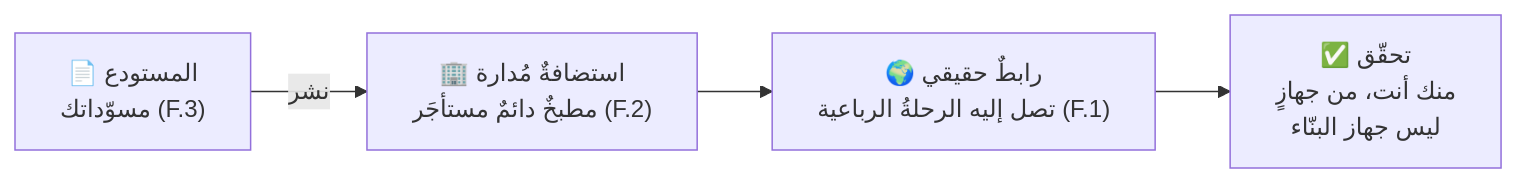
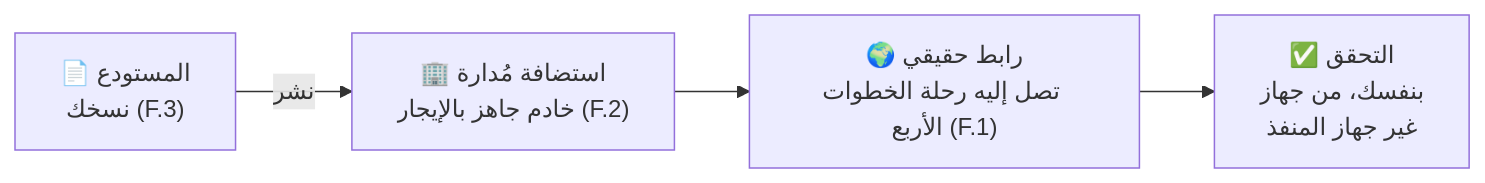
The seventh of 7 diagrams in modules/00-foundations/foundations.ar.md (Tamoura/system-design-for-vibe-coders), drawn with Mermaid before and after one commit. The commit also changed other lines of this file and 5 other files, not shown here.

````diff
--- a/modules/00-foundations/foundations.ar.md
+++ b/modules/00-foundations/foundations.ar.md
@@ -322,6 +329,6 @@
 ```mermaid
 flowchart LR
-    R["📄 المستودع<br/>مسوّداتك (F.3)"] -->|"نشر"| H["🏢 استضافةٌ مُدارة<br/>مطبخٌ دائمٌ مستأجَر (F.2)"]
-    H --> U["🌍 رابطٌ حقيقي<br/>تصل إليه الرحلةُ الرباعية (F.1)"]
-    U --> V["✅ تحقّق<br/>منك أنت، من جهازٍ<br/>ليس جهاز البنّاء"]
+    R["📄 المستودع<br/>نسخك (F.3)"] -->|"نشر"| H["🏢 استضافة مُدارة<br/>خادم جاهز بالإيجار (F.2)"]
+    H --> U["🌍 رابط حقيقي<br/>تصل إليه رحلة الخطوات الأربع (F.1)"]
+    U --> V["✅ التحقق<br/>بنفسك، من جهاز<br/>غير جهاز المنفذ"]
 ```
````
